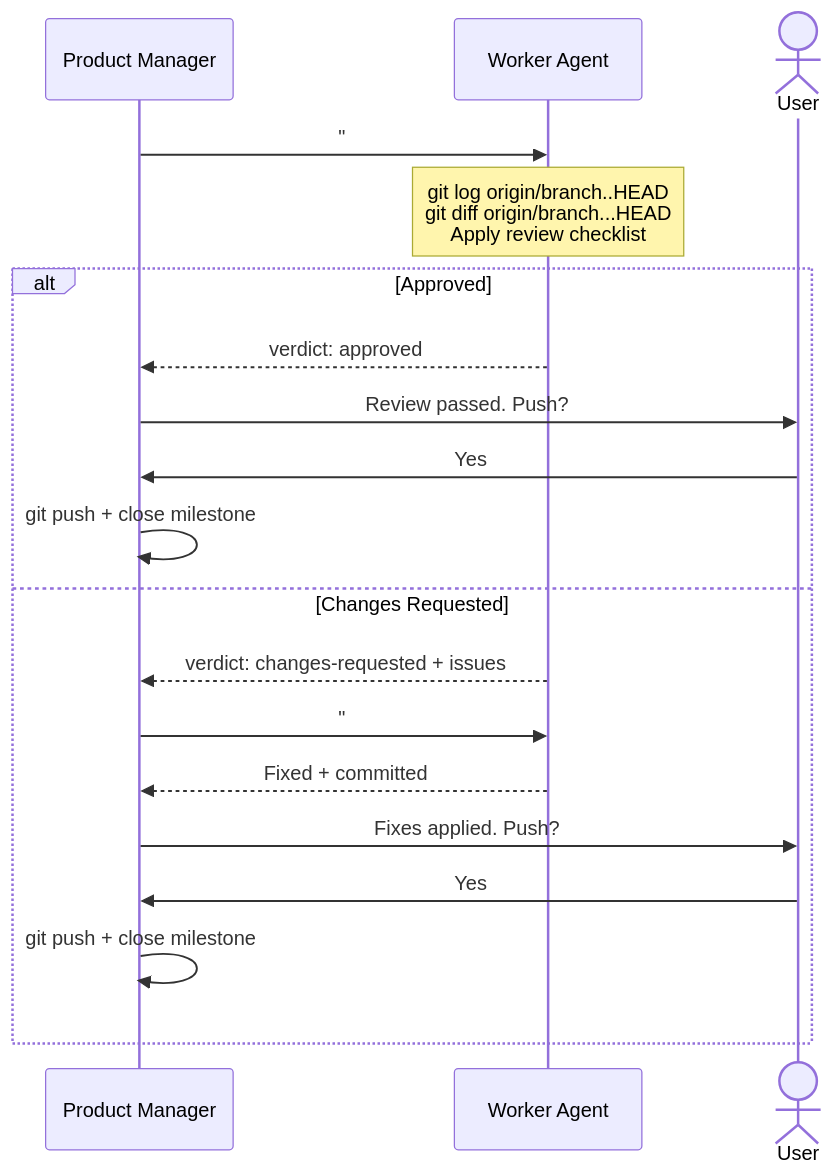
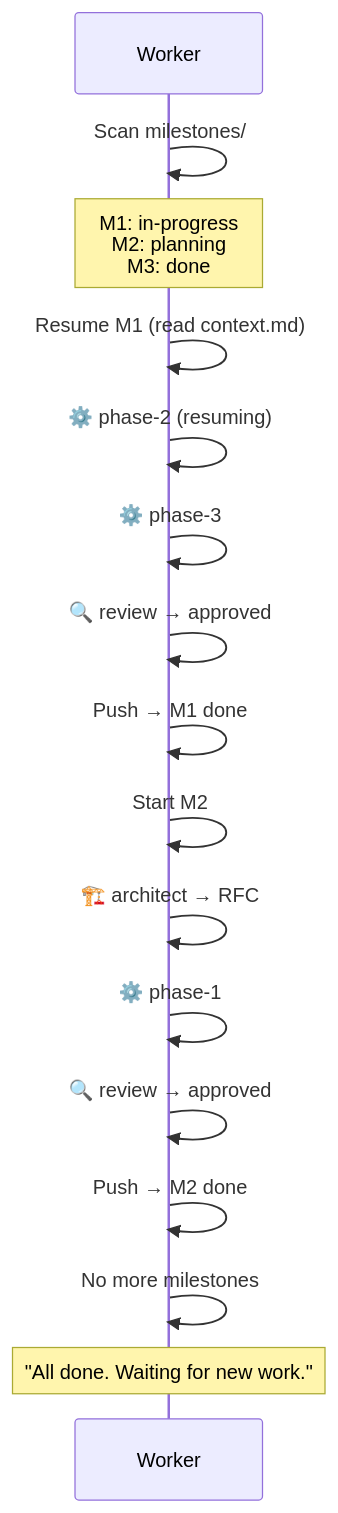
Before and after one commit to sulhadin/orchestrator: the second of 2 diagrams in .orchestra/README.md, drawn with Mermaid. The commit also changed other lines of this file and 18 other files, not shown here.

Commit message:
feat: Delegate phase execution to an autonomous worker process, shifting the Product Manager's role to planning and oversight.

````diff
--- a/.orchestra/README.md
+++ b/.orchestra/README.md
@@ -347,23 +323,22 @@
 ```mermaid
 sequenceDiagram
-    participant PM as Product Manager
-    participant W as Worker Agent
-    actor U as User
+    participant W as Worker
 
-    PM->>W: "#reviewer: review M1-user-auth"
-    Note over W: git log origin/branch..HEAD<br/>git diff origin/branch...HEAD<br/>Apply review checklist
+    W->>W: Scan milestones/
+    Note over W: M1: in-progress<br/>M2: planning<br/>M3: done
 
-    alt Approved
-        W-->>PM: verdict: approved
-        PM->>U: Review passed. Push?
-        U->>PM: Yes
-        PM->>PM: git push + close milestone
-    else Changes Requested
-        W-->>PM: verdict: changes-requested + issues
-        PM->>W: "#backend: fix issues in phase-2"
-        W-->>PM: Fixed + committed
-        PM->>U: Fixes applied. Push?
-        U->>PM: Yes
-        PM->>PM: git push + close milestone
-    end
+    W->>W: Resume M1 (read context.md)
+    W->>W: ⚙️ phase-2 (resuming)
+    W->>W: ⚙️ phase-3
+    W->>W: 🔍 review → approved
+    W->>W: Push → M1 done
+
+    W->>W: Start M2
+    W->>W: 🏗️ architect → RFC
+    W->>W: ⚙️ phase-1
+    W->>W: 🔍 review → approved
+    W->>W: Push → M2 done
+
+    W->>W: No more milestones
+    Note over W: "All done. Waiting for new work."
 ```
````
